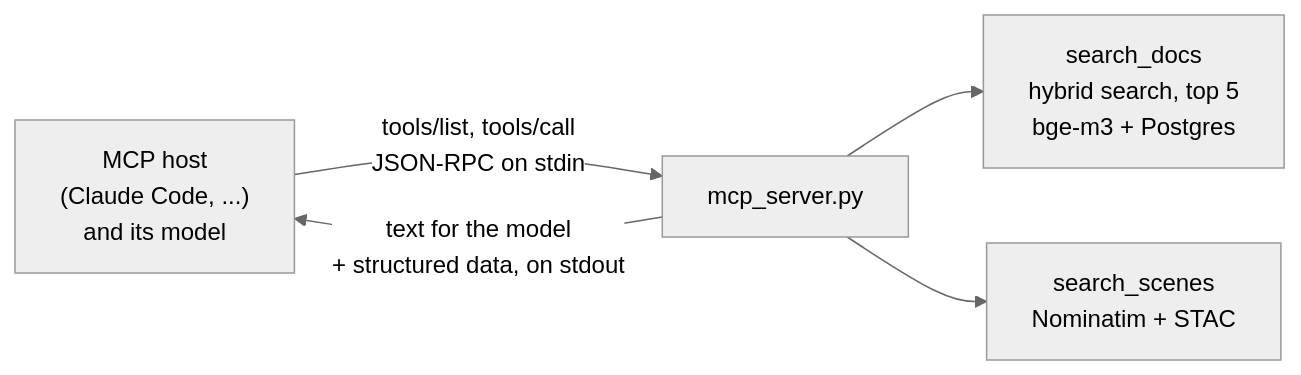
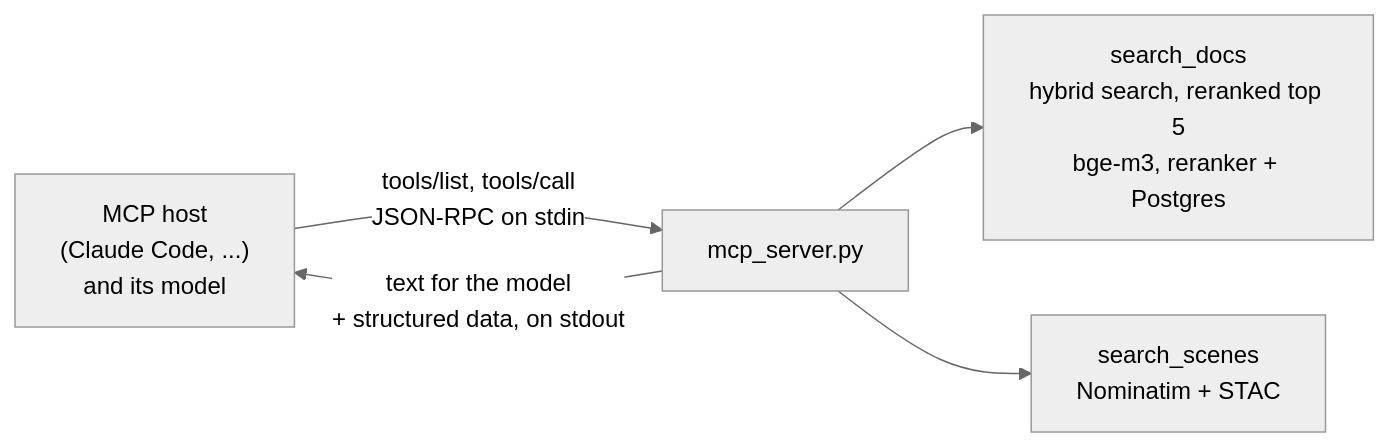
Before and after one commit to mmartinsie/sentinel1-rag: the third of 3 diagrams in README.md, drawn with Mermaid (neutral theme). The commit also changed other lines of this file and 18 other files, not shown here.

First line of the commit message:
feat: rerank the top 20 with Qwen3-Reranker through Ollama

````diff
--- a/README.md
+++ b/README.md
@@ -278,7 +316,7 @@
 ```mermaid
 flowchart LR
     H["MCP host<br/>(Claude Code, ...)<br/>and its model"] -- "tools/list, tools/call<br/>JSON-RPC on stdin" --> S["mcp_server.py"]
-    S --> D["search_docs<br/>hybrid search, top 5<br/>bge-m3 + Postgres"]
+    S --> D["search_docs<br/>hybrid search, reranked top 5<br/>bge-m3, reranker + Postgres"]
     S --> C["search_scenes<br/>Nominatim + STAC"]
     S -- "text for the model<br/>+ structured data, on stdout" --> H
 ```
````
